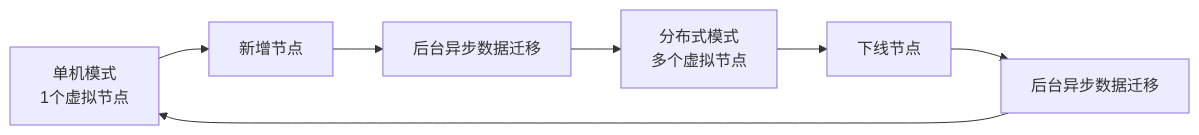
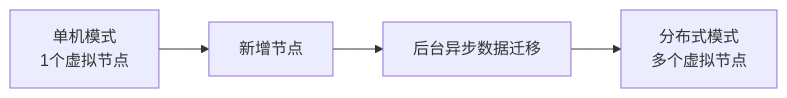
Before and after one commit to jzhang405/NexKV: the diagram in CLAUDE.MD, drawn with Mermaid. The commit also changed other lines of this file, not shown here.

````diff
--- a/CLAUDE.MD
+++ b/CLAUDE.MD
@@ -440,10 +177,6 @@
 ```mermaid
 graph LR
     单机[单机模式<br/>1个虚拟节点] --> 扩容[新增节点]
     扩容 --> 迁移[后台异步数据迁移]
     迁移 --> 分布式[分布式模式<br/>多个虚拟节点]
-
-    分布式 --> 缩容[下线节点]
-    缩容 --> 迁移2[后台异步数据迁移]
-    迁移2 --> 单机
 ```
````
